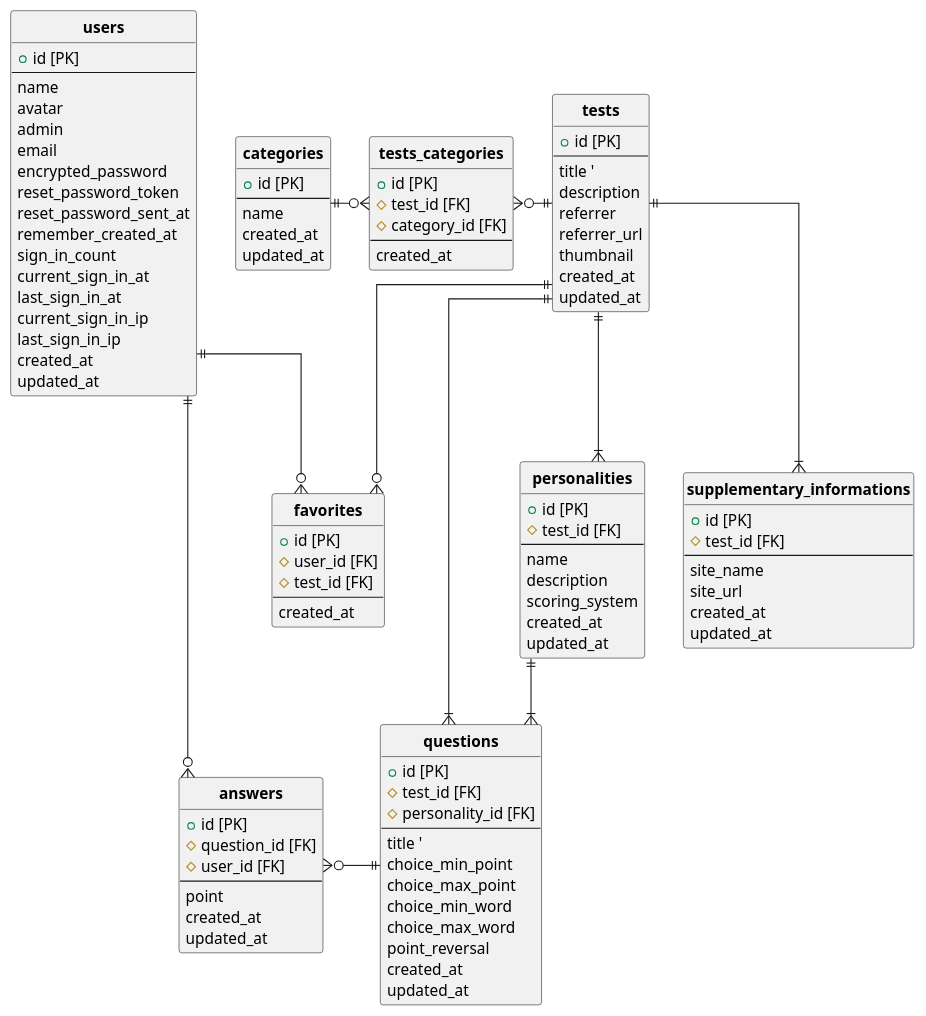
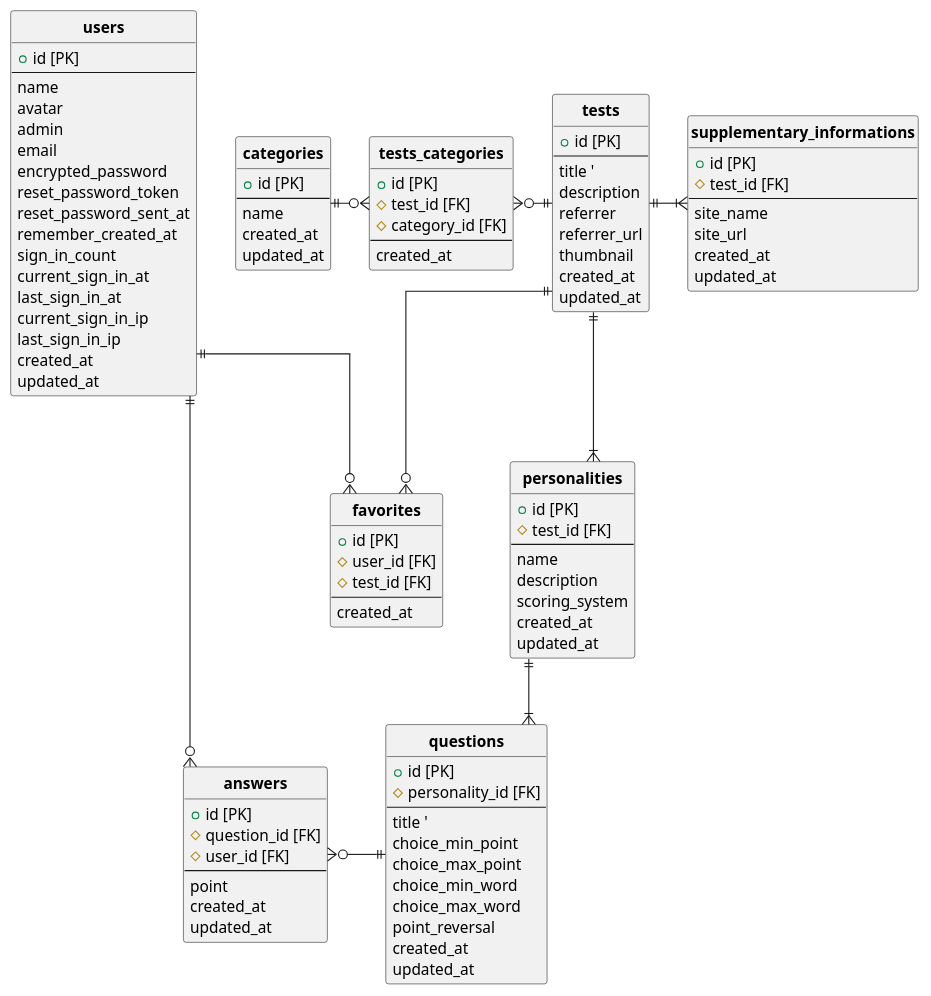
The diagram in docs/ER.pu (ymdarudy/psykarte), drawn with PlantUML before and after one commit. The commit also changed 1 other file, not shown here.

Commit message:
:books: ER図修正（testsとquestionsのアソシエーション不要のため削除）

```diff
--- a/docs/ER.pu
+++ b/docs/ER.pu
@@ -1,121 +1,119 @@
-@startuml yonde
+@startuml ER
 ' hide the spot
 hide circle
 
 ' avoid problems with angled crows feet
 skinparam linetype ortho
 
 entity "**users**" as users {
   + id [PK]
   --
   name
   avatar
   admin
   email
   encrypted_password
   reset_password_token
   reset_password_sent_at
   remember_created_at
   sign_in_count
   current_sign_in_at
   last_sign_in_at
   current_sign_in_ip
   last_sign_in_ip
   created_at
   updated_at
 }
 
 entity "**tests**" as tests {
   + id [PK]
   --
   title '
   description
   referrer
   referrer_url
   thumbnail
   created_at
   updated_at
 }
 
 entity "**personalities**" as personalities {
   + id [PK]
   # test_id [FK]
   --
   name
   description
   scoring_system
   created_at
   updated_at
 }
 
 entity "**questions**" as questions {
   + id [PK]
-  # test_id [FK]
   # personality_id [FK]
   --
   title '
   choice_min_point
   choice_max_point
   choice_min_word
   choice_max_word
   point_reversal
   created_at
   updated_at
 }
 
 entity "**answers**" as answers {
   + id [PK]
   # question_id [FK]
   # user_id [FK]
   --
   point
   created_at
   updated_at
 }
 
 entity "**supplementary_informations**" as supplementary_informations {
   + id [PK]
   # test_id [FK]
   --
   site_name
   site_url
   created_at
   updated_at
 }
 
 entity "**favorites**" as favorites {
   + id [PK]
   # user_id [FK]
   # test_id [FK]
   --
   created_at
 }
 
 entity "**categories**" as categories {
   + id [PK]
   --
   name
   created_at
   updated_at
 }
 
 entity "**tests_categories**" as tests_categories {
   + id [PK]
   # test_id [FK]
   # category_id [FK]
   --
   created_at
 }
 
-tests ||--|{ supplementary_informations
+tests ||-r-|{ supplementary_informations
 tests ||--|{ personalities
-tests ||-d-|{ questions
 tests ||--o{ favorites
 tests ||-l-o{ tests_categories
 categories ||-r-o{ tests_categories
 users ||-d-o{ answers
 users ||-d-o{ favorites
 questions ||-l-o{ answers
 personalities ||--|{ questions
 
 @enduml
```
